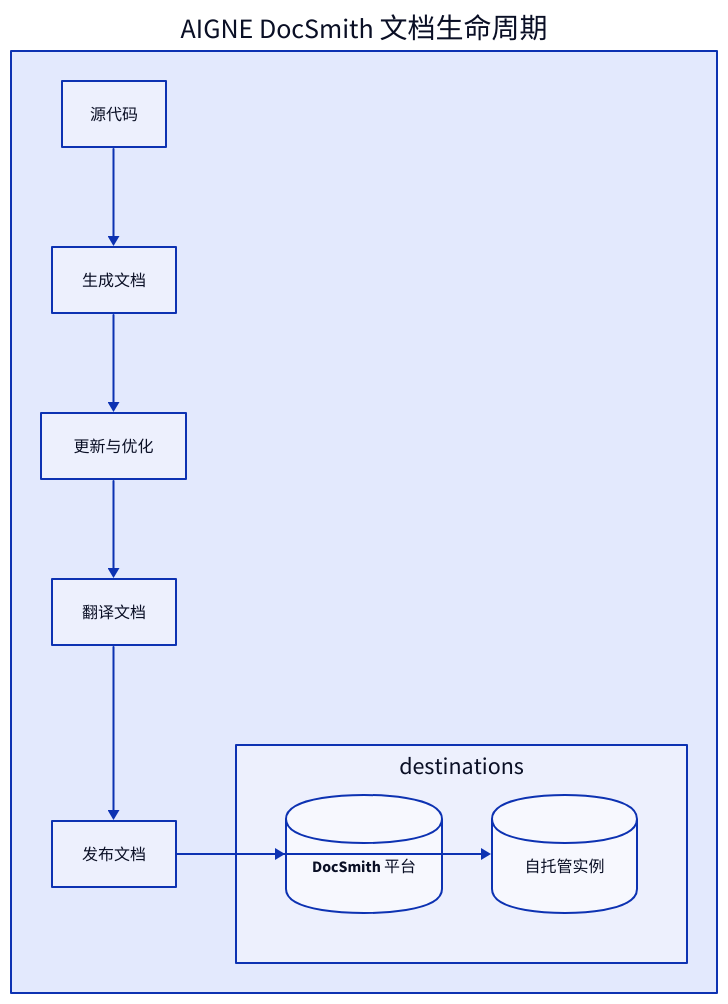
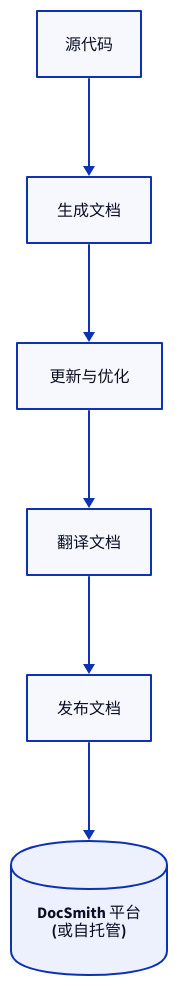
Before and after one commit to AIGNE-io/aigne-doc-smith: the diagram in docs/features.zh.md, drawn with D2. The commit also changed other lines of this file and 69 other files, not shown here.

````diff
--- a/docs/features.zh.md
+++ b/docs/features.zh.md
@@ -5,39 +5,39 @@
 ```d2
 direction: down
 
-AIGNE-DocSmith-Workflow: {
-  label: "AIGNE DocSmith 文档生命周期"
-  
-  source-code: "源代码"
-
-  generate: "生成文档"
-
-  refine: "更新与优化"
-
-  translate: "翻译文档"
-
-  publish: "发布文档"
-
-  destinations: {
-    grid-columns: 2
-    grid-gap: 50
-
-    docsmith-platform: {
-      label: "DocSmith 平台"
-      shape: cylinder
-    }
-
-    self-hosted: {
-      label: "自托管实例"
-      shape: cylinder
-    }
-  }
+source-code: {
+  label: "源代码"
+  shape: rectangle
 }
 
-AIGNE-DocSmith-Workflow.source-code -> AIGNE-DocSmith-Workflow.generate
-AIGNE-DocSmith-Workflow.generate -> AIGNE-DocSmith-Workflow.refine
-AIGNE-DocSmith-Workflow.refine -> AIGNE-DocSmith-Workflow.translate
-AIGNE-DocSmith-Workflow.translate -> AIGNE-DocSmith-Workflow.publish
-AIGNE-DocSmith-Workflow.publish -> AIGNE-DocSmith-Workflow.destinations.docsmith-platform
-AIGNE-DocSmith-Workflow.publish -> AIGNE-DocSmith-Workflow.destinations.self-hosted
+generate-documentation: {
+  label: "生成文档"
+  shape: rectangle
+}
+
+update-and-refine: {
+  label: "更新与优化"
+  shape: rectangle
+}
+
+translate-documentation: {
+  label: "翻译文档"
+  shape: rectangle
+}
+
+publish-docs: {
+  label: "发布文档"
+  shape: rectangle
+}
+
+platform: {
+  label: "DocSmith 平台\n(或自托管)"
+  shape: cylinder
+}
+
+source-code -> generate-documentation
+generate-documentation -> update-and-refine
+update-and-refine -> translate-documentation
+translate-documentation -> publish-docs
+publish-docs -> platform
 ```
````
